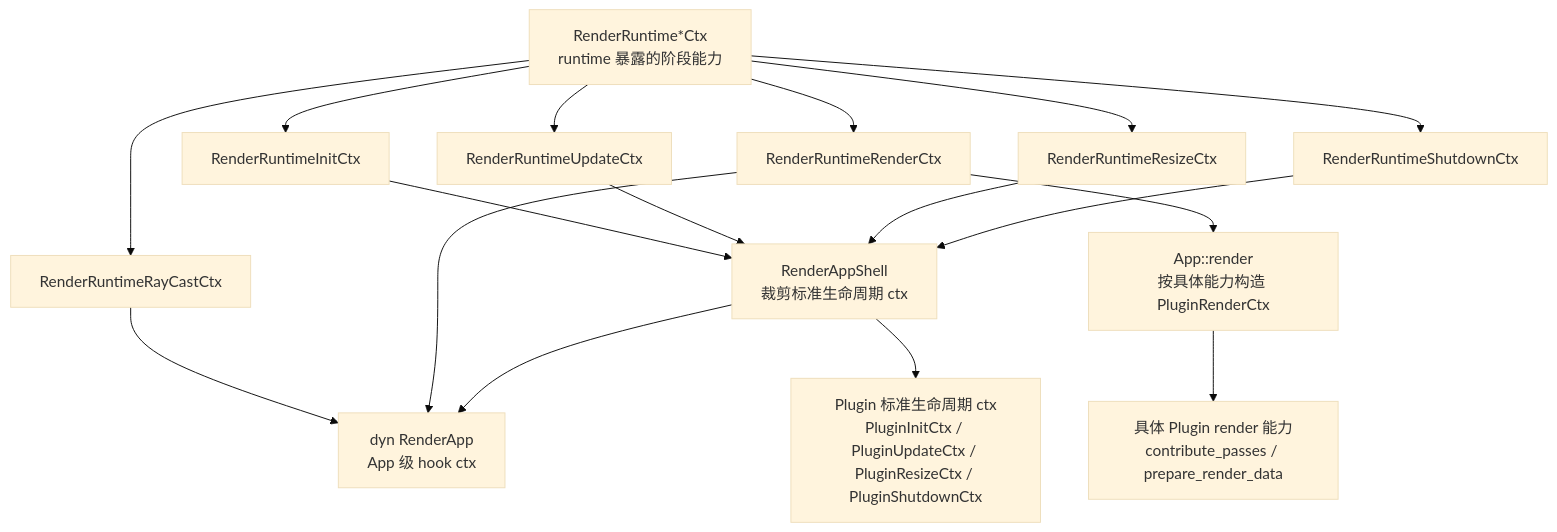
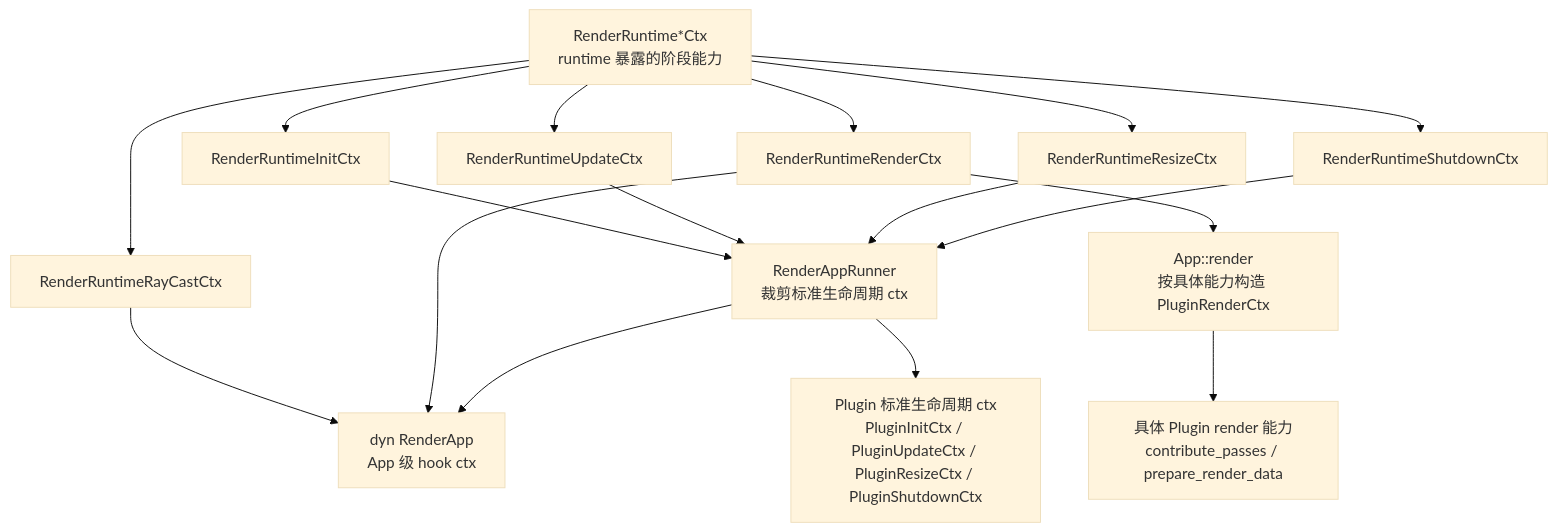
Before and after one commit to acccoco/TruvisRenderer: the fifth of 5 diagrams in docs/summaries/frame-lifecycle.md, drawn with Mermaid (base theme). The commit also changed other lines of this file and 35 other files, not shown here.

````diff
--- a/docs/summaries/frame-lifecycle.md
+++ b/docs/summaries/frame-lifecycle.md
@@ -135,30 +135,30 @@
 ```mermaid
 flowchart TB
     RuntimeCtx["RenderRuntime*Ctx<br/>runtime 暴露的阶段能力"]
     InitCtx["RenderRuntimeInitCtx"]
     UpdateCtx["RenderRuntimeUpdateCtx"]
     RayCtx["RenderRuntimeRayCastCtx"]
     RenderCtx["RenderRuntimeRenderCtx"]
     ResizeCtx["RenderRuntimeResizeCtx"]
     ShutdownCtx["RenderRuntimeShutdownCtx"]
     RuntimeCtx --> InitCtx
     RuntimeCtx --> UpdateCtx
     RuntimeCtx --> RayCtx
     RuntimeCtx --> RenderCtx
     RuntimeCtx --> ResizeCtx
     RuntimeCtx --> ShutdownCtx
-    Shell["RenderAppShell<br/>裁剪标准生命周期 ctx"]
+    Runner["RenderAppRunner<br/>裁剪标准生命周期 ctx"]
     AppHooks["dyn RenderApp<br/>App 级 hook ctx"]
     PluginStd["Plugin 标准生命周期 ctx<br/>PluginInitCtx / PluginUpdateCtx / PluginResizeCtx / PluginShutdownCtx"]
     AppRender["App::render<br/>按具体能力构造 PluginRenderCtx"]
     PluginRender["具体 Plugin render 能力<br/>contribute_passes / prepare_render_data"]
-    InitCtx --> Shell
-    UpdateCtx --> Shell
-    ResizeCtx --> Shell
-    ShutdownCtx --> Shell
+    InitCtx --> Runner
+    UpdateCtx --> Runner
+    ResizeCtx --> Runner
+    ShutdownCtx --> Runner
     RayCtx --> AppHooks
     RenderCtx --> AppHooks
-    Shell --> AppHooks
-    Shell --> PluginStd
+    Runner --> AppHooks
+    Runner --> PluginStd
     RenderCtx --> AppRender --> PluginRender
 ```
````
